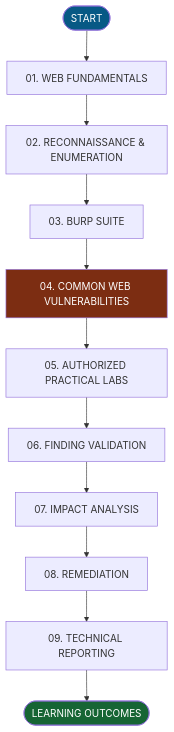
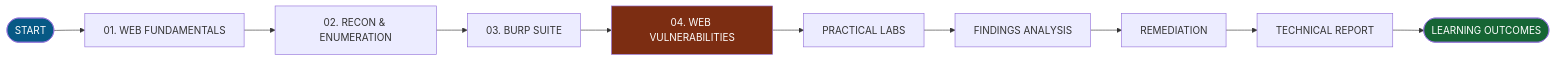
Before and after one commit to GhostMaskR/Web-Application-Basics: the first of 5 diagrams in README.md, drawn with Mermaid. The commit also changed other lines of this file, not shown here.

````diff
--- a/README.md
+++ b/README.md
@@ -111,17 +129,16 @@
 ```mermaid
-flowchart TD
-    A(["START"]) --> B["01. WEB FUNDAMENTALS"]
-    B --> C["02. RECONNAISSANCE & ENUMERATION"]
-    C --> D["03. BURP SUITE"]
-    D --> E["04. COMMON WEB VULNERABILITIES"]
-    E --> F["05. AUTHORIZED PRACTICAL LABS"]
-    F --> G["06. FINDING VALIDATION"]
-    G --> H["07. IMPACT ANALYSIS"]
-    H --> I["08. REMEDIATION"]
-    I --> J["09. TECHNICAL REPORTING"]
-    J --> K(["LEARNING OUTCOMES"])
+flowchart LR
+A(["START"]) --> B["01. WEB FUNDAMENTALS"]
+B --> C["02. RECON & ENUMERATION"]
+C --> D["03. BURP SUITE"]
+D --> E["04. WEB VULNERABILITIES"]
+E --> F["PRACTICAL LABS"]
+F --> G["FINDINGS ANALYSIS"]
+G --> H["REMEDIATION"]
+H --> I["TECHNICAL REPORT"]
+I --> J(["LEARNING OUTCOMES"])
 
-    style A fill:#075985,color:#fff
-    style E fill:#7c2d12,color:#fff
-    style K fill:#166534,color:#fff
+style A fill:#075985,color:#fff
+style E fill:#7c2d12,color:#fff
+style J fill:#166534,color:#fff
 ```
````
